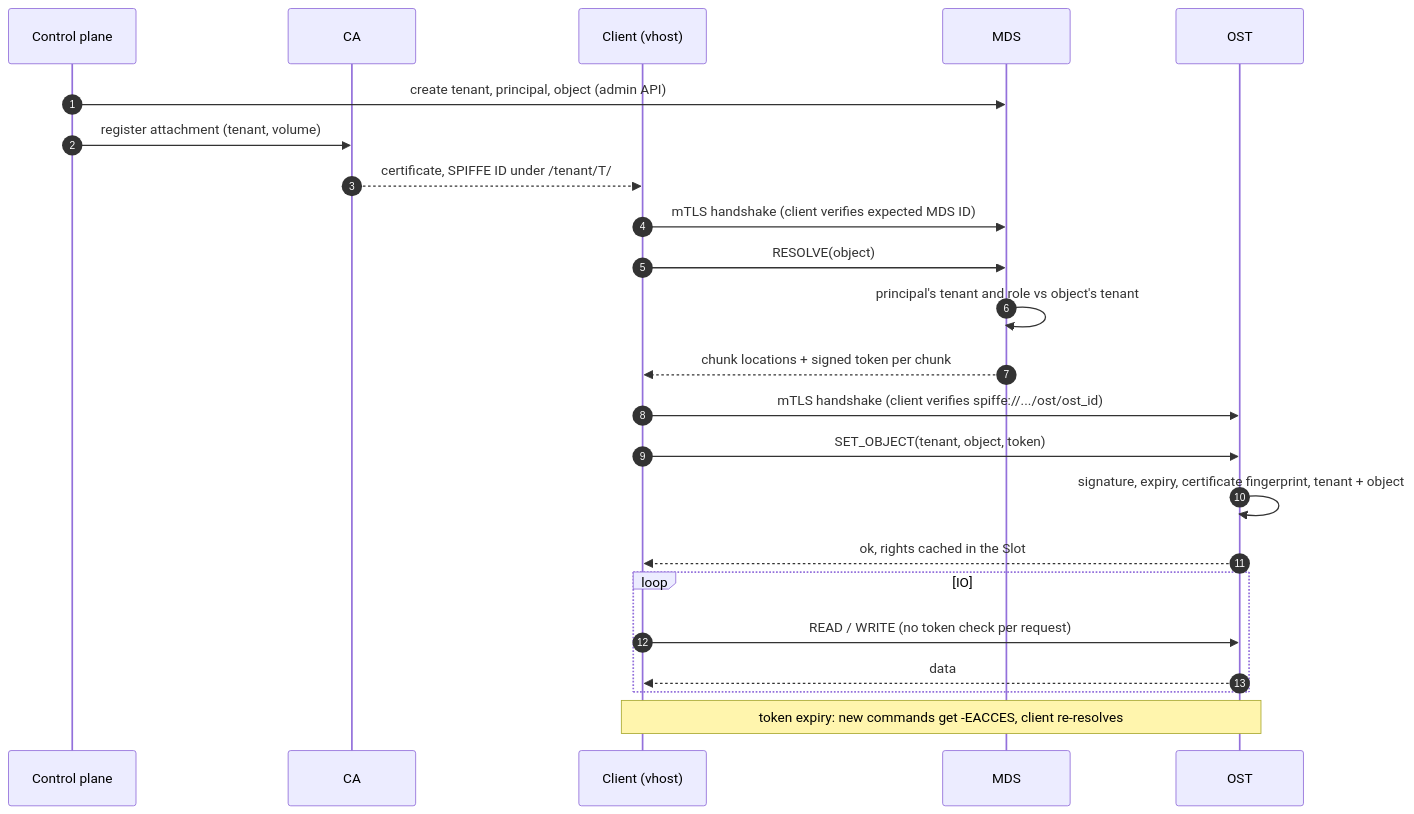
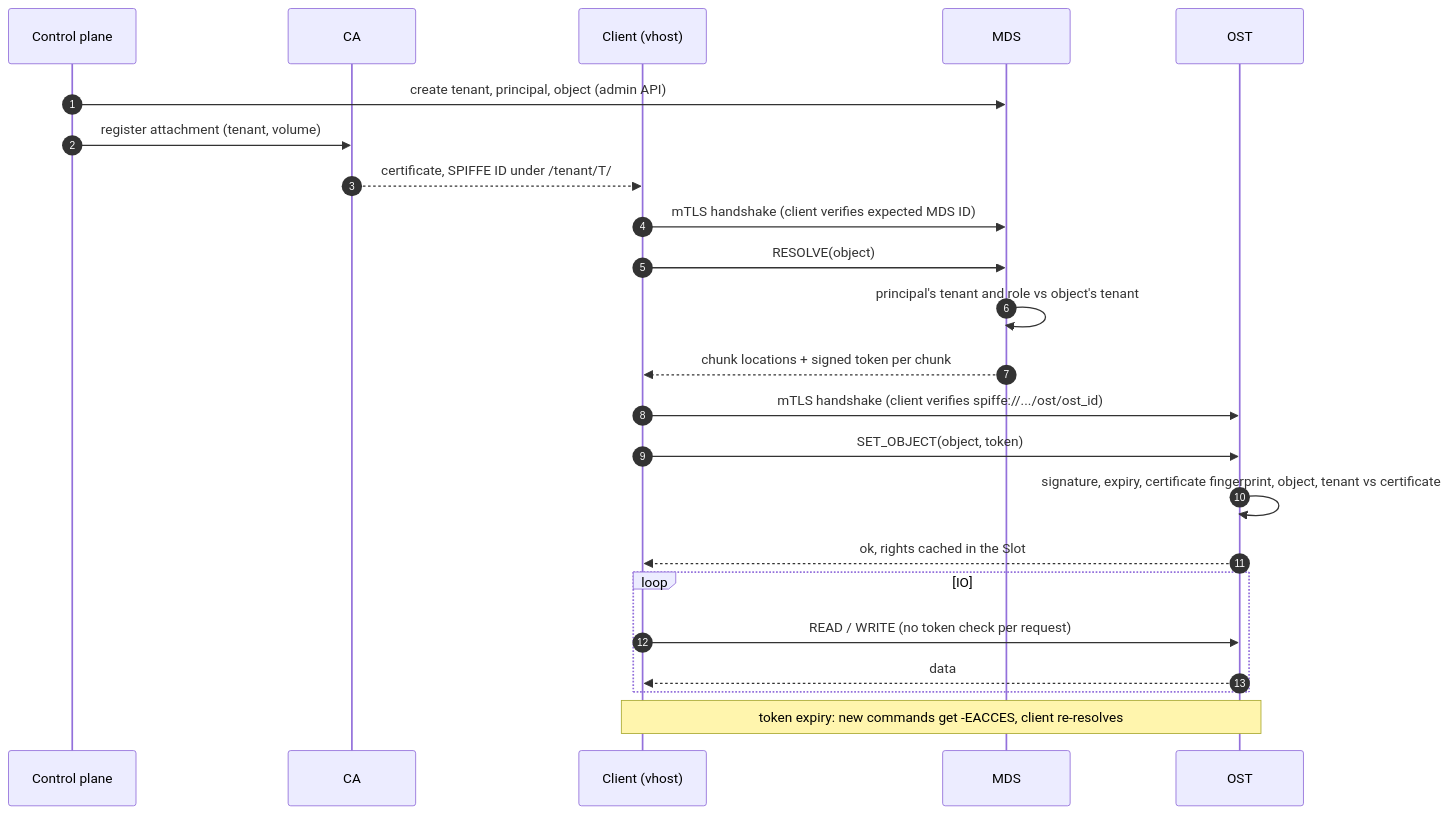
The second of 4 diagrams in docs/security.md (rawstor/librawstor), drawn with Mermaid before and after one commit. The commit also changed other lines of this file, not shown here.

````diff
--- a/docs/security.md
+++ b/docs/security.md
@@ -298,26 +298,26 @@
 ```mermaid
 sequenceDiagram
     autonumber
     participant CP as Control plane
     participant CA as CA
     participant C as Client (vhost)
     participant M as MDS
     participant O as OST
 
     CP->>M: create tenant, principal, object (admin API)
     CP->>CA: register attachment (tenant, volume)
     CA-->>C: certificate, SPIFFE ID under /tenant/T/
     C->>M: mTLS handshake (client verifies expected MDS ID)
     C->>M: RESOLVE(object)
     M->>M: principal's tenant and role vs object's tenant
     M-->>C: chunk locations + signed token per chunk
     C->>O: mTLS handshake (client verifies spiffe://.../ost/ost_id)
-    C->>O: SET_OBJECT(tenant, object, token)
-    O->>O: signature, expiry, certificate fingerprint, tenant + object
+    C->>O: SET_OBJECT(object, token)
+    O->>O: signature, expiry, certificate fingerprint, object, tenant vs certificate
     O-->>C: ok, rights cached in the Slot
     loop IO
         C->>O: READ / WRITE (no token check per request)
         O-->>C: data
     end
     Note over C,O: token expiry: new commands get -EACCES, client re-resolves
 ```
````
